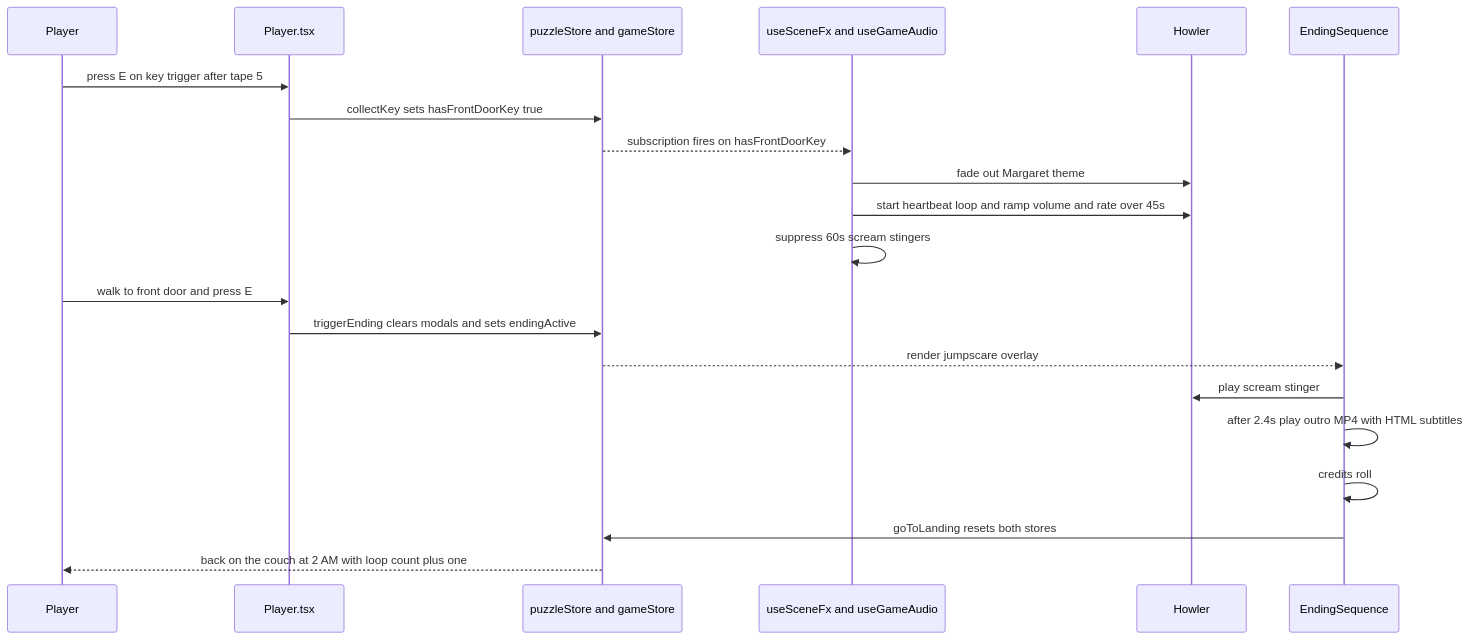
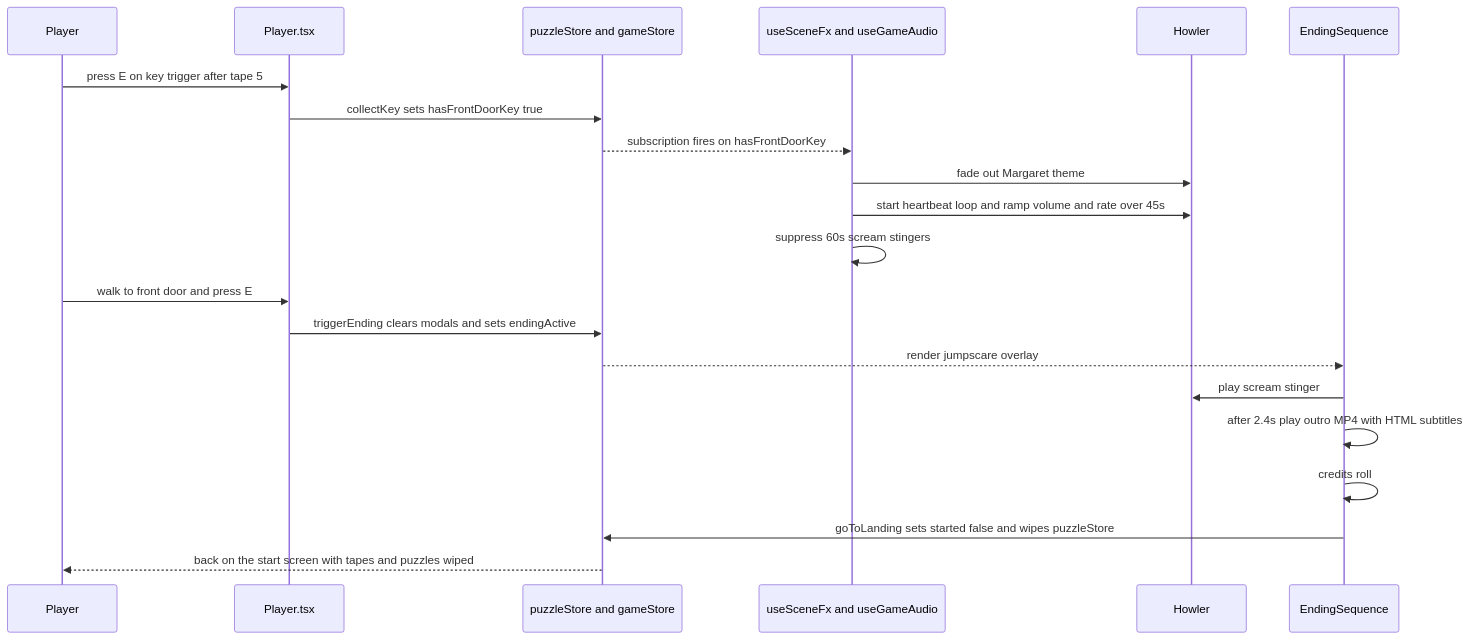
Before and after one commit to anirxdh/portfolio: the diagram in content/diagrams/apartment-4b-horror-game-flow.mmd, drawn with Mermaid. The commit also changed 118 other files, not shown here.

First line of the commit message:
Blog: 27 project article drafts, diagrams, and pipeline docs (all draft: true)

```diff
--- a/content/diagrams/apartment-4b-horror-game-flow.mmd
+++ b/content/diagrams/apartment-4b-horror-game-flow.mmd
@@ -1,21 +1,21 @@
 sequenceDiagram
   participant U as Player
   participant P as Player.tsx
   participant S as puzzleStore and gameStore
   participant X as useSceneFx and useGameAudio
   participant H as Howler
   participant E as EndingSequence
   U->>P: press E on key trigger after tape 5
   P->>S: collectKey sets hasFrontDoorKey true
   S-->>X: subscription fires on hasFrontDoorKey
   X->>H: fade out Margaret theme
   X->>H: start heartbeat loop and ramp volume and rate over 45s
   X->>X: suppress 60s scream stingers
   U->>P: walk to front door and press E
   P->>S: triggerEnding clears modals and sets endingActive
   S-->>E: render jumpscare overlay
   E->>H: play scream stinger
   E->>E: after 2.4s play outro MP4 with HTML subtitles
   E->>E: credits roll
-  E->>S: goToLanding resets both stores
-  S-->>U: back on the couch at 2 AM with loop count plus one
+  E->>S: goToLanding sets started false and wipes puzzleStore
+  S-->>U: back on the start screen with tapes and puzzles wiped
```
